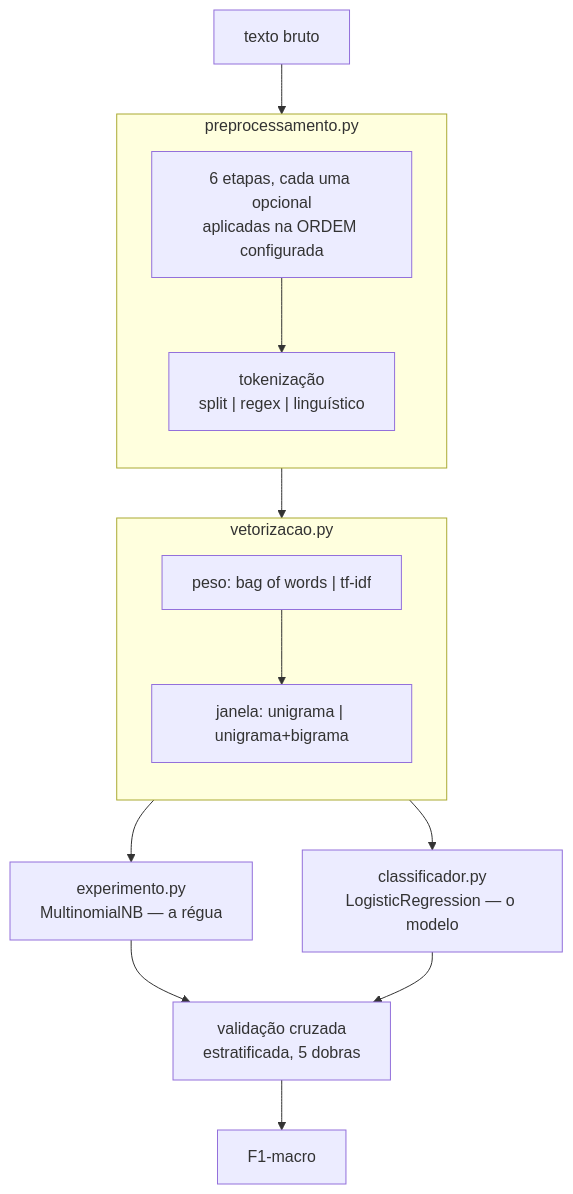
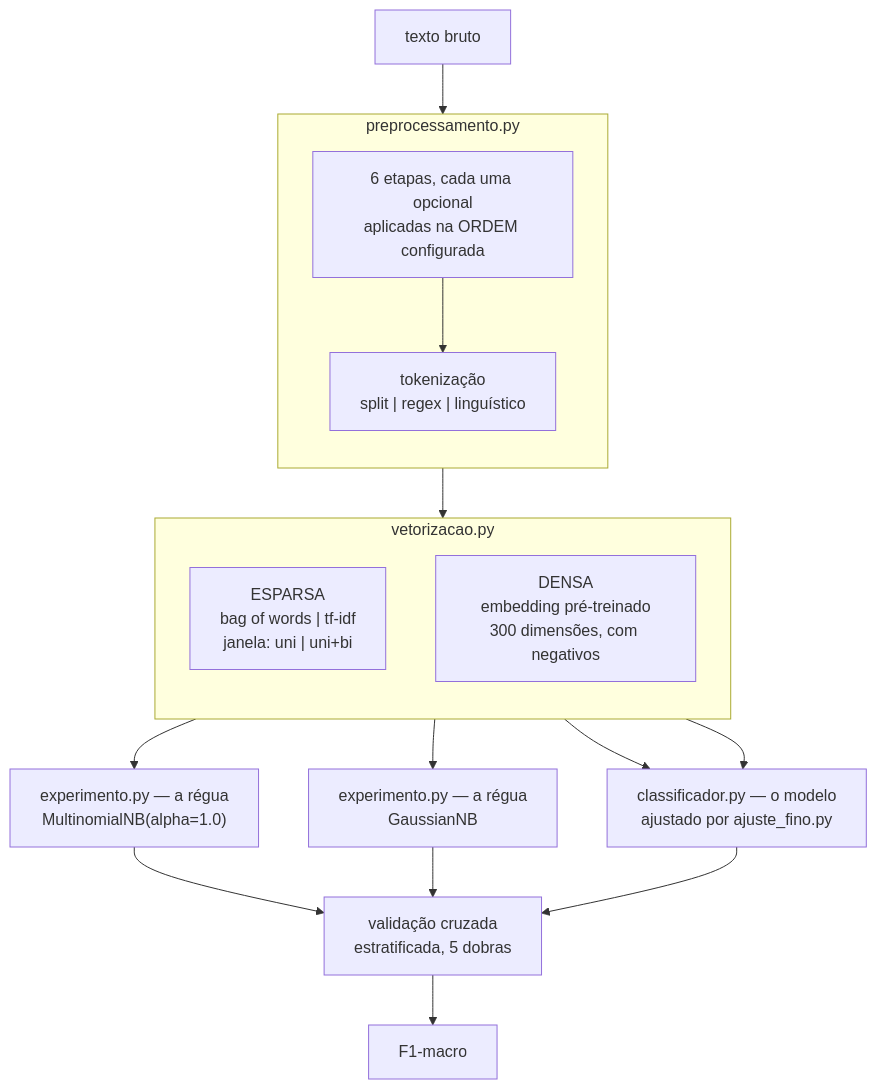
One commit to AnaCris007/AZ1-MCP changed the diagram in docs/PipelinePLN.md. Above: the diagram before and after it, drawn with Mermaid. The commit also changed other lines of this file and 32 other files, not shown here.

````diff
--- a/docs/PipelinePLN.md
+++ b/docs/PipelinePLN.md
@@ -51,26 +73,29 @@
 ```mermaid
 flowchart TB
     T["texto bruto"] --> P
 
     subgraph P["preprocessamento.py"]
         direction TB
         E["6 etapas, cada uma opcional<br/>aplicadas na ORDEM configurada"]
         TK["tokenização<br/>split | regex | linguístico"]
         E --> TK
     end
 
     P --> V
 
     subgraph V["vetorizacao.py"]
         direction TB
-        MO["peso: bag of words | tf-idf"]
-        NG["janela: unigrama | unigrama+bigrama"]
-        MO --> NG
+        ESP["ESPARSA<br/>bag of words | tf-idf<br/>janela: uni | uni+bi"]
+        DEN["DENSA<br/>embedding pré-treinado<br/>300 dimensões, com negativos"]
     end
 
-    V --> EXP["experimento.py<br/>MultinomialNB — a régua"]
-    V --> PROD["classificador.py<br/>LogisticRegression — o modelo"]
+    ESP --> EXP["experimento.py — a régua<br/>MultinomialNB(alpha=1.0)"]
+    DEN --> EXPD["experimento.py — a régua<br/>GaussianNB"]
+    ESP --> PROD["classificador.py — o modelo<br/>ajustado por ajuste_fino.py"]
+    DEN --> PROD
+
     EXP --> A["validação cruzada<br/>estratificada, 5 dobras"]
+    EXPD --> A
     PROD --> A
     A --> M["F1-macro"]
 ```
````
